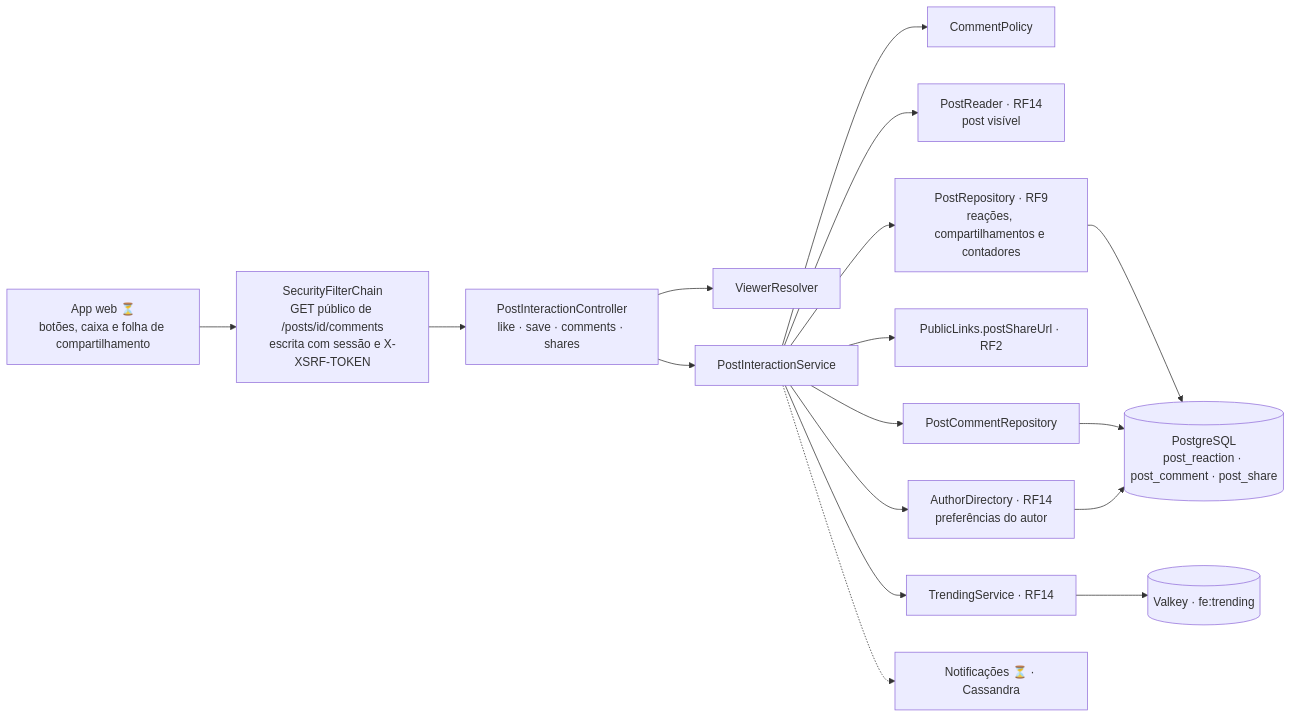
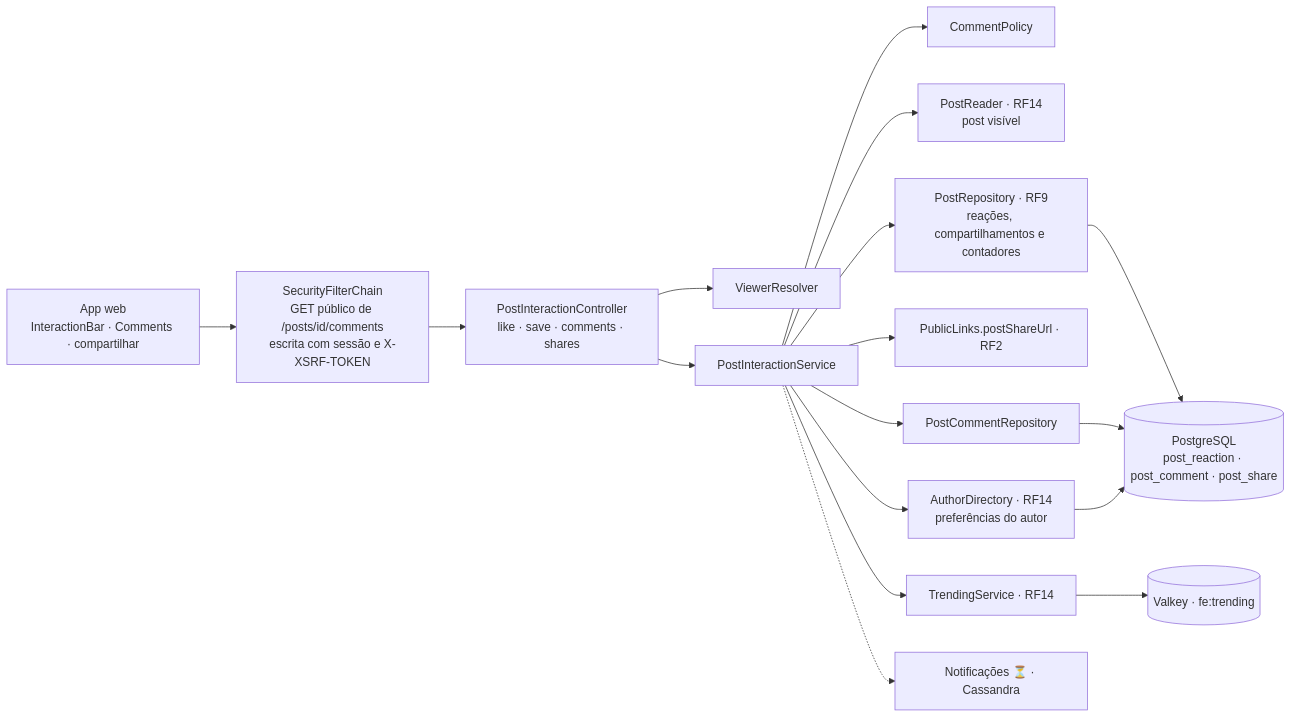
One commit to MatheusHaliski/Friendly-Eats changed the diagram in docs/RF12/componentes.md. Above: the diagram before and after it, drawn with Mermaid. The commit also changed 94 other files, not shown here.

````diff
--- a/docs/RF12/componentes.md
+++ b/docs/RF12/componentes.md
@@ -3,18 +3,18 @@
 ```mermaid
 flowchart LR
-    APP["App web ⏳<br/>botões, caixa e folha de compartilhamento"] --> SEC["SecurityFilterChain<br/>GET público de /posts/id/comments<br/>escrita com sessão e X-XSRF-TOKEN"]
+    APP["App web<br/>InteractionBar · Comments · compartilhar"] --> SEC["SecurityFilterChain<br/>GET público de /posts/id/comments<br/>escrita com sessão e X-XSRF-TOKEN"]
     SEC --> IC["PostInteractionController<br/>like · save · comments · shares"]
     IC --> VR["ViewerResolver"]
     IC --> IS["PostInteractionService"]
     IS --> CP["CommentPolicy"]
     IS --> RD["PostReader · RF14<br/>post visível"]
     IS --> AD["AuthorDirectory · RF14<br/>preferências do autor"]
     IS --> PL["PublicLinks.postShareUrl · RF2"]
     IS --> TS["TrendingService · RF14"]
     IS --> PR["PostRepository · RF9<br/>reações, compartilhamentos e contadores"]
     IS --> CR["PostCommentRepository"]
     PR & CR --> PG[("PostgreSQL<br/>post_reaction · post_comment · post_share")]
     AD --> PG
     TS --> VK[("Valkey · fe:trending")]
     IS -.-> NT["Notificações ⏳ · Cassandra"]
 ```
````
